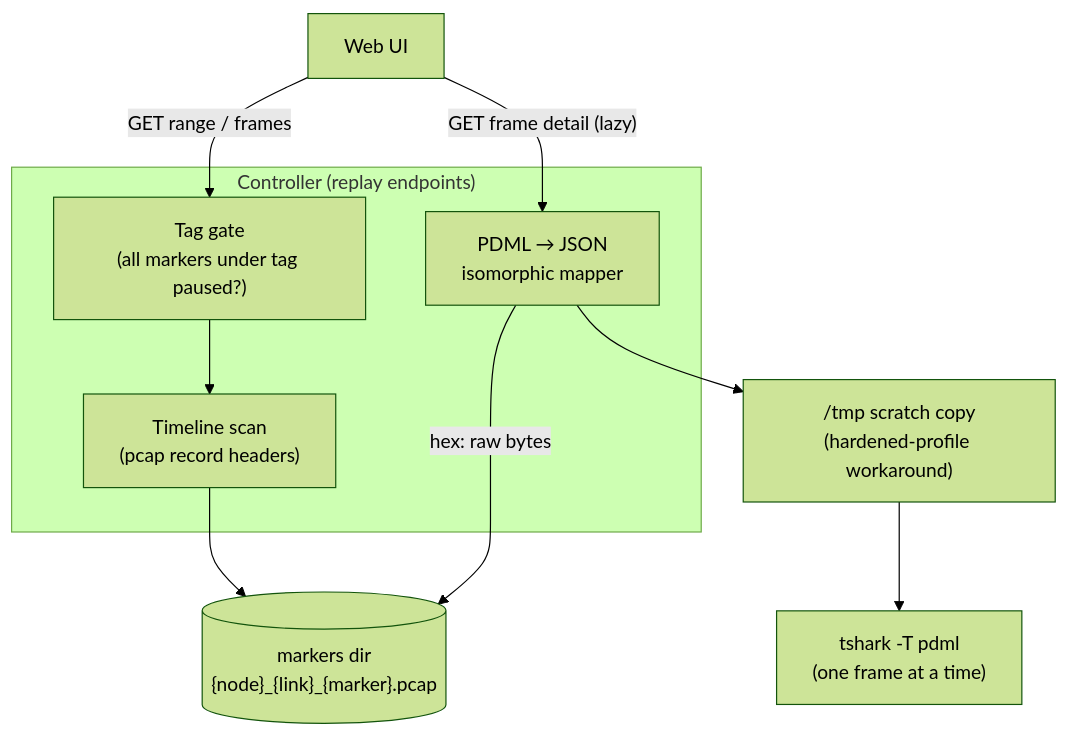
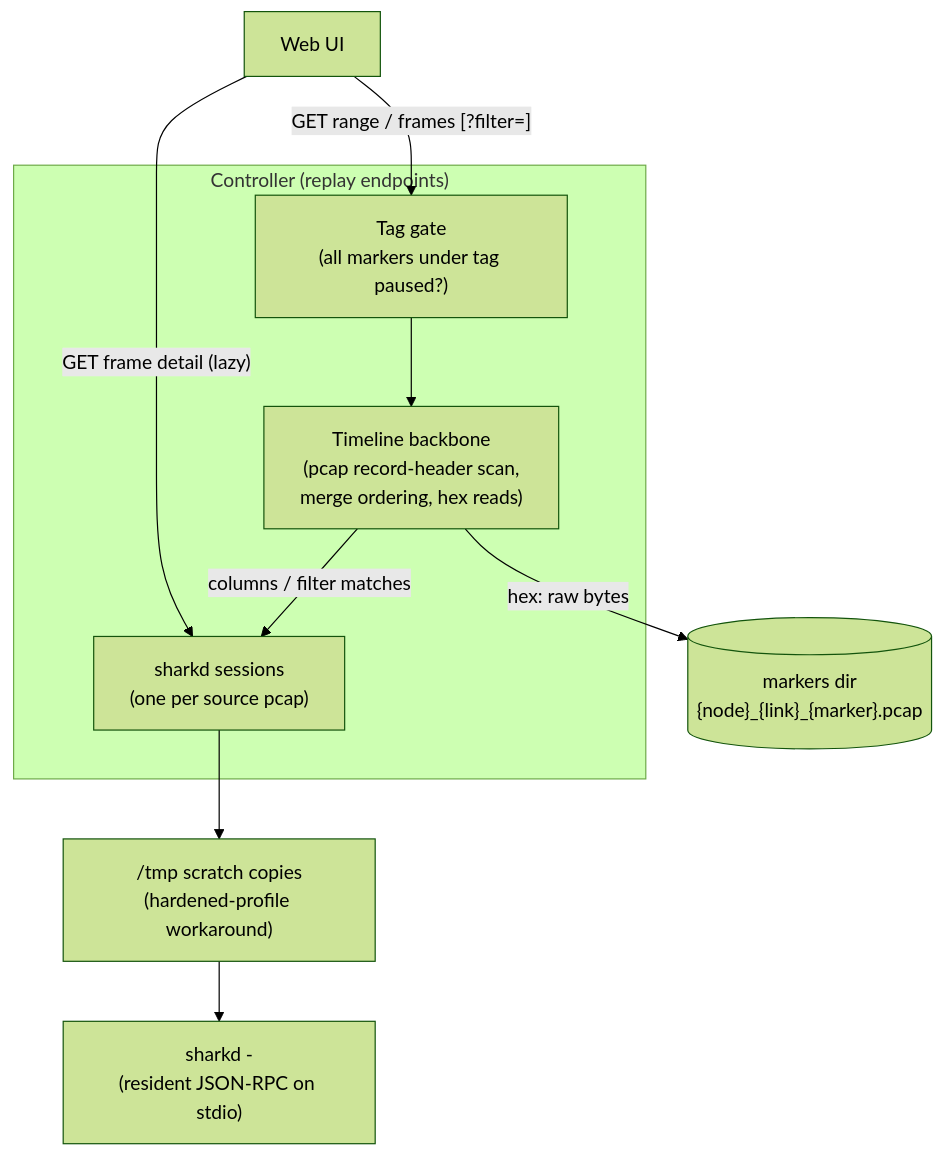
The first of 2 diagrams in docs/features/marker-tag-replay.md (GNS3/gns3-server), drawn with Mermaid (forest theme) before and after one commit. The commit also changed other lines of this file and 4 other files, not shown here.

First line of the commit message:
feat: drive marker replay with resident sharkd sessions

````diff
--- a/docs/features/marker-tag-replay.md
+++ b/docs/features/marker-tag-replay.md
@@ -25,22 +29,21 @@
 ```mermaid
 graph TB
     UI["Web UI"]
 
     subgraph Controller["Controller (replay endpoints)"]
         GATE["Tag gate<br/>(all markers under tag paused?)"]
-        SCAN["Timeline scan<br/>(pcap record headers)"]
-        MAP["PDML → JSON<br/>isomorphic mapper"]
+        SCAN["Timeline backbone<br/>(pcap record-header scan,<br/>merge ordering, hex reads)"]
+        SESS["sharkd sessions<br/>(one per source pcap)"]
     end
 
     FS[("markers dir<br/>{node}_{link}_{marker}.pcap")]
-    TS["tshark -T pdml<br/>(one frame at a time)"]
-    TMP["/tmp scratch copy<br/>(hardened-profile workaround)"]
+    TMP["/tmp scratch copies<br/>(hardened-profile workaround)"]
+    SK["sharkd -<br/>(resident JSON-RPC on stdio)"]
 
-    UI -->|"GET range / frames"| GATE
+    UI -->|"GET range / frames [?filter=]"| GATE
     GATE --> SCAN
-    SCAN --> FS
-    UI -->|"GET frame detail (lazy)"| MAP
-    MAP --> TMP
-    TMP --> TS
-    MAP -->|"hex: raw bytes"| FS
+    SCAN -->|"columns / filter matches"| SESS
+    SESS --> TMP --> SK
+    SCAN -->|"hex: raw bytes"| FS
+    UI -->|"GET frame detail (lazy)"| SESS
 ```
````
